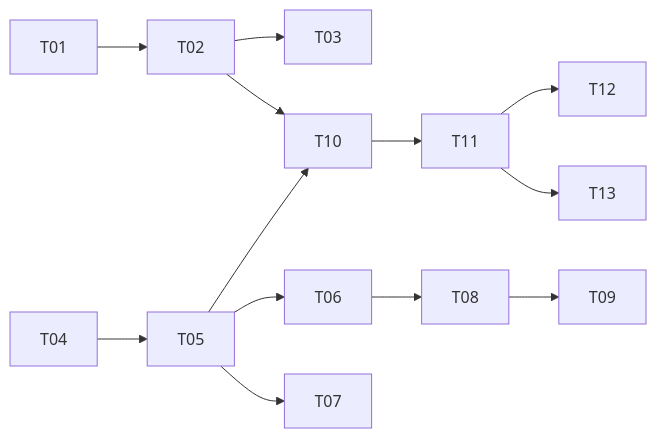
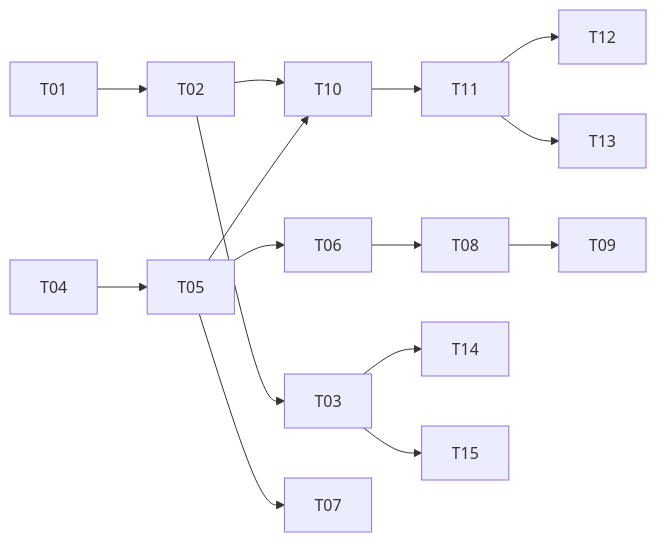
Before and after one commit to HeliosPersonal/jobhunter: the diagram in docs/features/f1-ats-job-discovery/tasks/tracker.md, drawn with Mermaid. The commit also changed other lines of this file and 5 other files, not shown here.

````diff
--- a/docs/features/f1-ats-job-discovery/tasks/tracker.md
+++ b/docs/features/f1-ats-job-discovery/tasks/tracker.md
@@ -40,9 +49,11 @@
 ```mermaid
 graph LR
   T01 --> T02 --> T03
   T02 --> T10
   T04 --> T05 --> T06 --> T08 --> T09
   T05 --> T07
   T05 --> T10 --> T11 --> T12
   T11 --> T13
+  T03 --> T14
+  T03 --> T15
 ```
````
